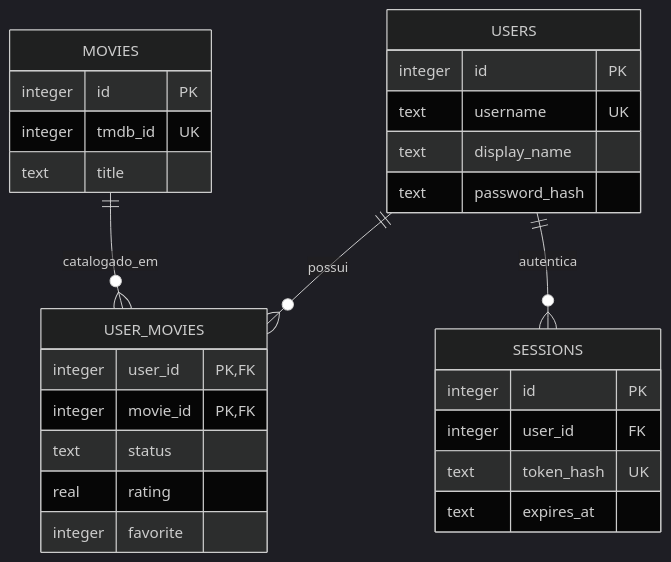
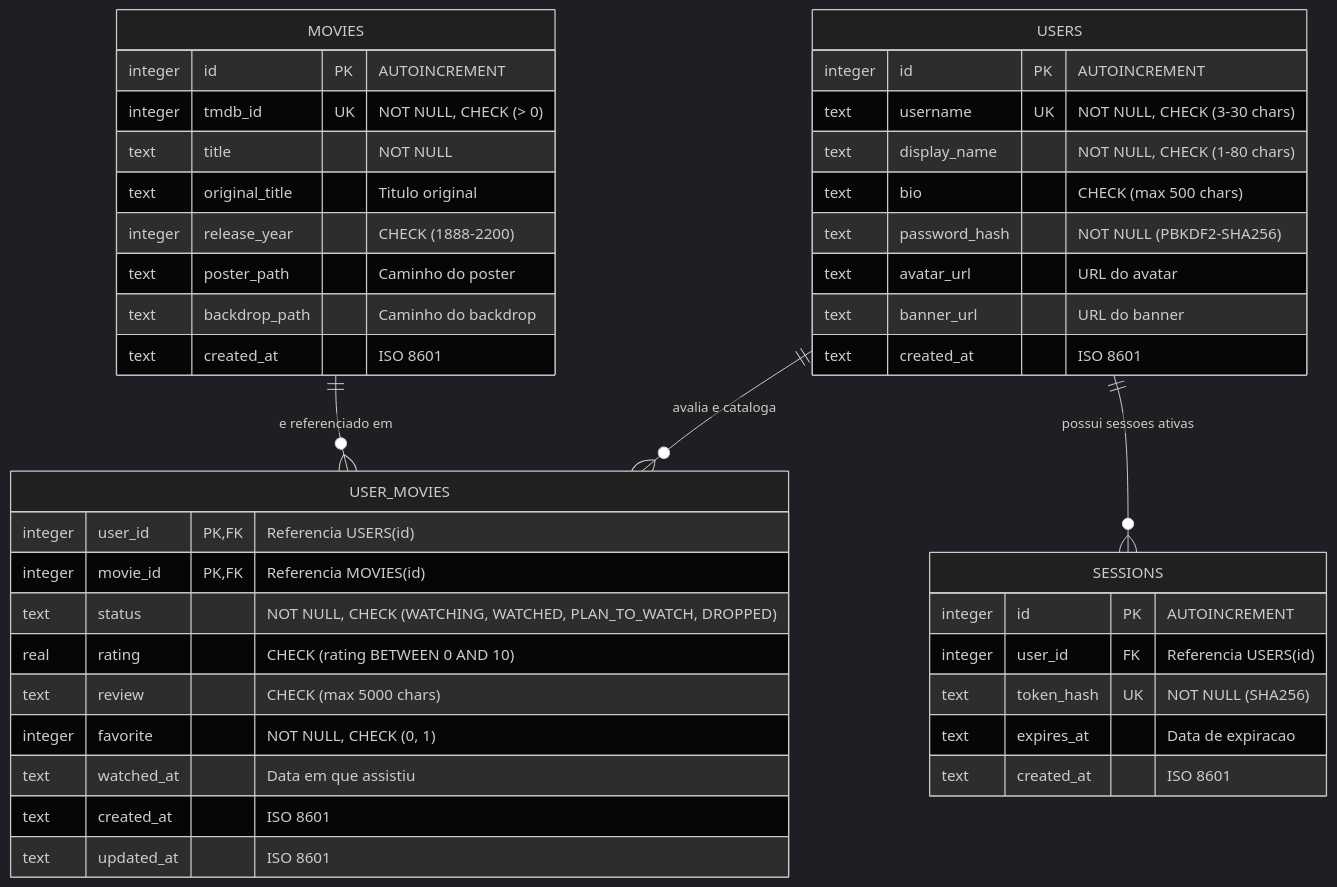
One commit to odiegoalessandro/cinefolio changed the diagram in README.md. Above: the diagram before and after it, drawn with Mermaid (dark theme). The commit also changed other lines of this file and 29 other files, not shown here.

````diff
--- a/README.md
+++ b/README.md
@@ -102,30 +62,48 @@
 ```mermaid
 erDiagram
-    USERS ||--o{ USER_MOVIES : possui
-    MOVIES ||--o{ USER_MOVIES : catalogado_em
-    USERS ||--o{ SESSIONS : autentica
+    USERS ||--o{ USER_MOVIES : "avalia e cataloga"
+    MOVIES ||--o{ USER_MOVIES : "e referenciado em"
+    USERS ||--o{ SESSIONS : "possui sessoes ativas"
+
     USERS {
-      integer id PK
-      text username UK
-      text display_name
-      text password_hash
+        integer id PK "AUTOINCREMENT"
+        text username UK "NOT NULL, CHECK (3-30 chars)"
+        text display_name "NOT NULL, CHECK (1-80 chars)"
+        text bio "CHECK (max 500 chars)"
+        text password_hash "NOT NULL (PBKDF2-SHA256)"
+        text avatar_url "URL do avatar"
+        text banner_url "URL do banner"
+        text created_at "ISO 8601"
     }
+
     MOVIES {
-      integer id PK
-      integer tmdb_id UK
-      text title
+        integer id PK "AUTOINCREMENT"
+        integer tmdb_id UK "NOT NULL, CHECK (> 0)"
+        text title "NOT NULL"
+        text original_title "Titulo original"
+        integer release_year "CHECK (1888-2200)"
+        text poster_path "Caminho do poster"
+        text backdrop_path "Caminho do backdrop"
+        text created_at "ISO 8601"
     }
+
     USER_MOVIES {
-      integer user_id PK,FK
-      integer movie_id PK,FK
-      text status
-      real rating
-      integer favorite
+        integer user_id PK, FK "Referencia USERS(id)"
+        integer movie_id PK, FK "Referencia MOVIES(id)"
+        text status "NOT NULL, CHECK (WATCHING, WATCHED, PLAN_TO_WATCH, DROPPED)"
+        real rating "CHECK (rating BETWEEN 0 AND 10)"
+        text review "CHECK (max 5000 chars)"
+        integer favorite "NOT NULL, CHECK (0, 1)"
+        text watched_at "Data em que assistiu"
+        text created_at "ISO 8601"
+        text updated_at "ISO 8601"
     }
+
     SESSIONS {
-      integer id PK
-      integer user_id FK
-      text token_hash UK
-      text expires_at
+        integer id PK "AUTOINCREMENT"
+        integer user_id FK "Referencia USERS(id)"
+        text token_hash UK "NOT NULL (SHA256)"
+        text expires_at "Data de expiracao"
+        text created_at "ISO 8601"
     }
 ```
````
